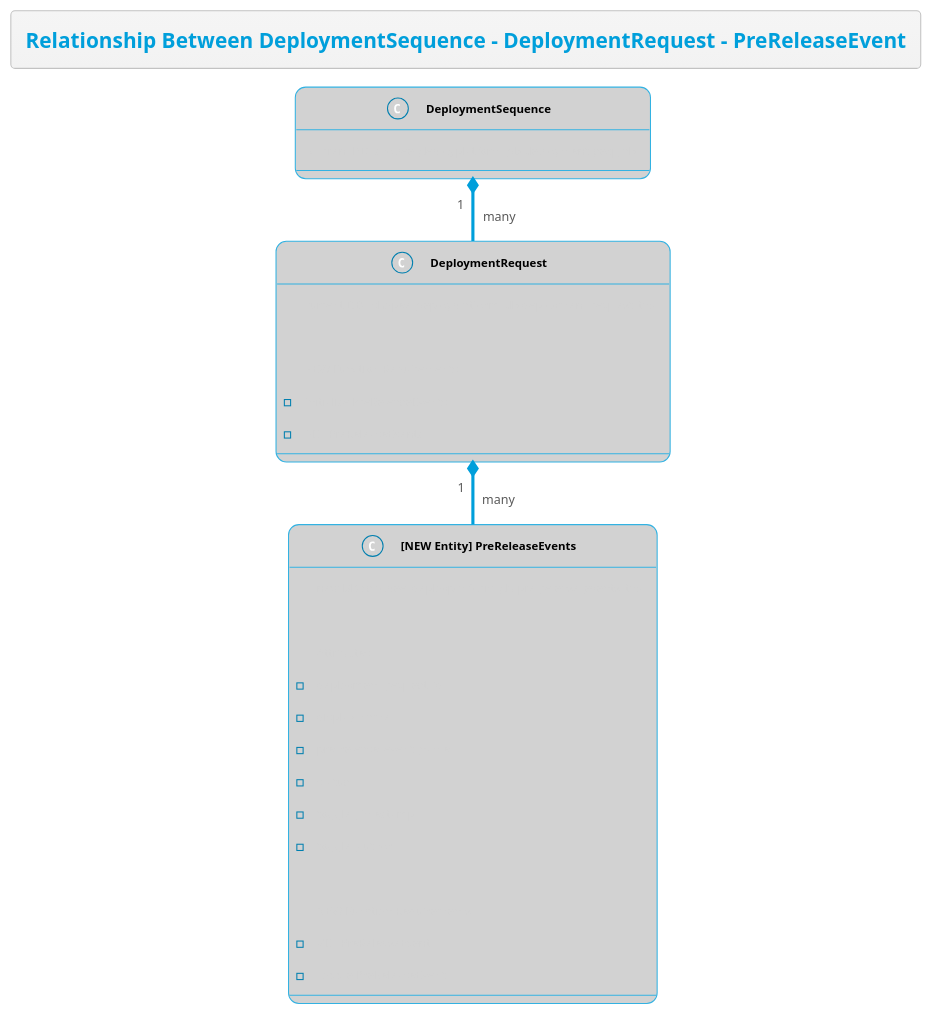
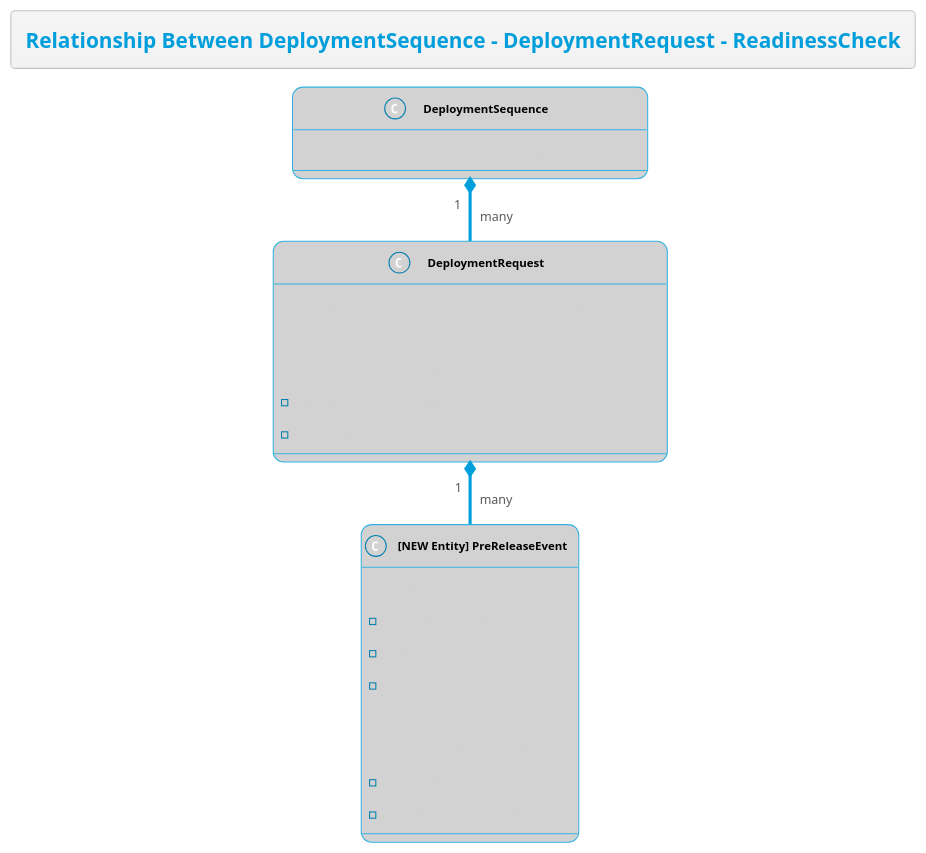
Before and after one commit to thetomitomo/diagrams: the diagram in src/Multi-Day-Deployment/PreReleaseEventEntities.plantuml, drawn with PlantUML. The commit also changed 1 other file, not shown here.

Commit message:
readiness config update

```diff
--- a/src/Multi-Day-Deployment/PreReleaseEventEntities.plantuml
+++ b/src/Multi-Day-Deployment/PreReleaseEventEntities.plantuml
@@ -1,41 +1,36 @@
 @startuml
 !theme bluegray
 skinparam FooterFontColor black
 skinparam DatabaseFontColor #007faf
 skinparam ClassFontColor black
 skinparam ClassBackgroundColor #d2d2d2
 
 
-title Relationship Between DeploymentSequence - DeploymentRequest - PreReleaseEvent
+title Relationship Between DeploymentSequence - DeploymentRequest - ReadinessCheck
 
 class "<b>DeploymentSequence" as DS {
     current DB: shopee_deployplatform_db.deployment_seq_tab
 }
 class "<b>DeploymentRequest" as DR {
     current DB : shopee_deployplatform_db.deployment_request_tab
 
     NEW Function Requirements:
     - Initialise PreReleaseEvents
     - GET PreReleaseEvents
 }
 
-class "<b>[NEW Entity] PreReleaseEvents" as PRE {
-    new DB : shopee_deployplatform_db.pre_release_events_tab
-
+class "<b>[NEW Entity] PreReleaseEvent" as PRE {
     Attributes:
-    - deployment_request_id
+    - pre_release_event_id
     - display_name
-    - pre_release_event_name
-    - status
-    - toggle_timestamp
-    - toggle_author
-
+    - default_pics
+    
     NEW Function Requirements:
     - GET PreReleaseEvent
     - Toggle PreReleaseEvent
 }
 
 DS "1" *-- "many" DR 
 DR "1" *-- "many" PRE
 
 @enduml
```
